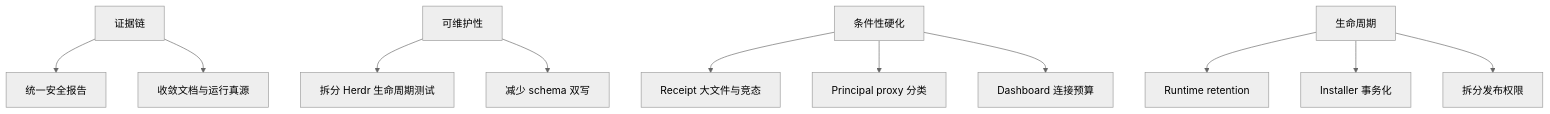
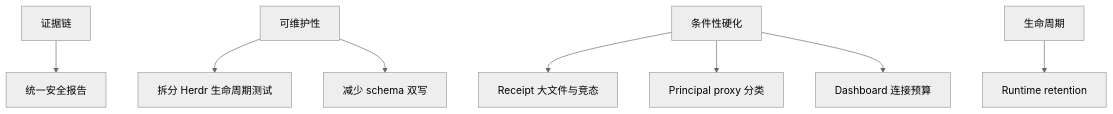
The diagram in droid-wiki/cleanup-opportunities.md (oldwinter/herdr-orchestrator), drawn with Mermaid (neutral theme) before and after one commit. The commit also changed other lines of this file and 129 other files, not shown here.

````diff
--- a/droid-wiki/cleanup-opportunities.md
+++ b/droid-wiki/cleanup-opportunities.md
@@ -10,13 +10,10 @@
 ```mermaid
 flowchart TD
     E[证据链] --> SR[统一安全报告]
-    E --> RD[收敛文档与运行真源]
     M[可维护性] --> HF[拆分 Herdr 生命周期测试]
     M --> SC[减少 schema 双写]
     H[条件性硬化] --> FR[Receipt 大文件与竞态]
     H --> PX[Principal proxy 分类]
     H --> SSE[Dashboard 连接预算]
     L[生命周期] --> RT[Runtime retention]
-    L --> IN[Installer 事务化]
-    L --> CI[拆分发布权限]
 ```
````
